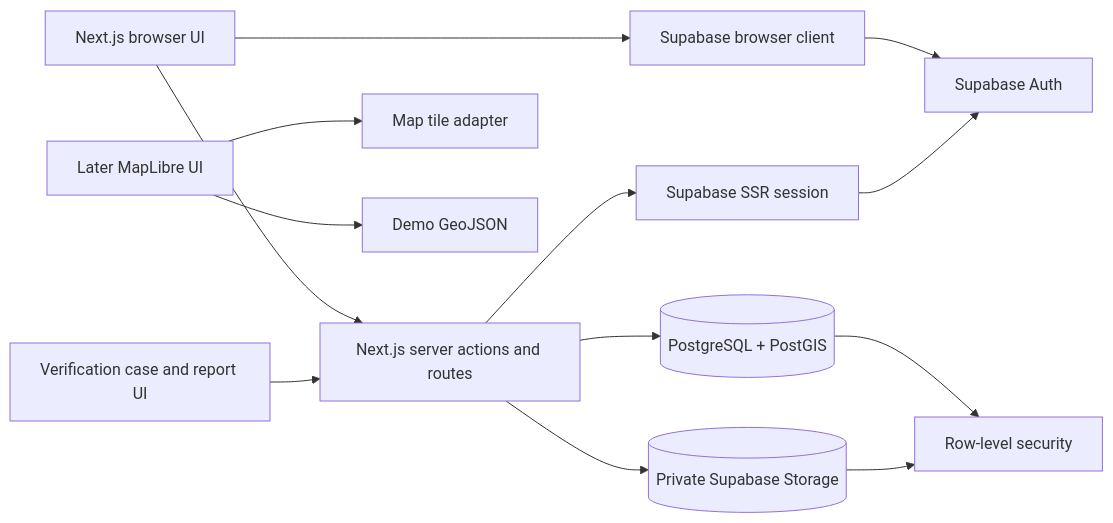
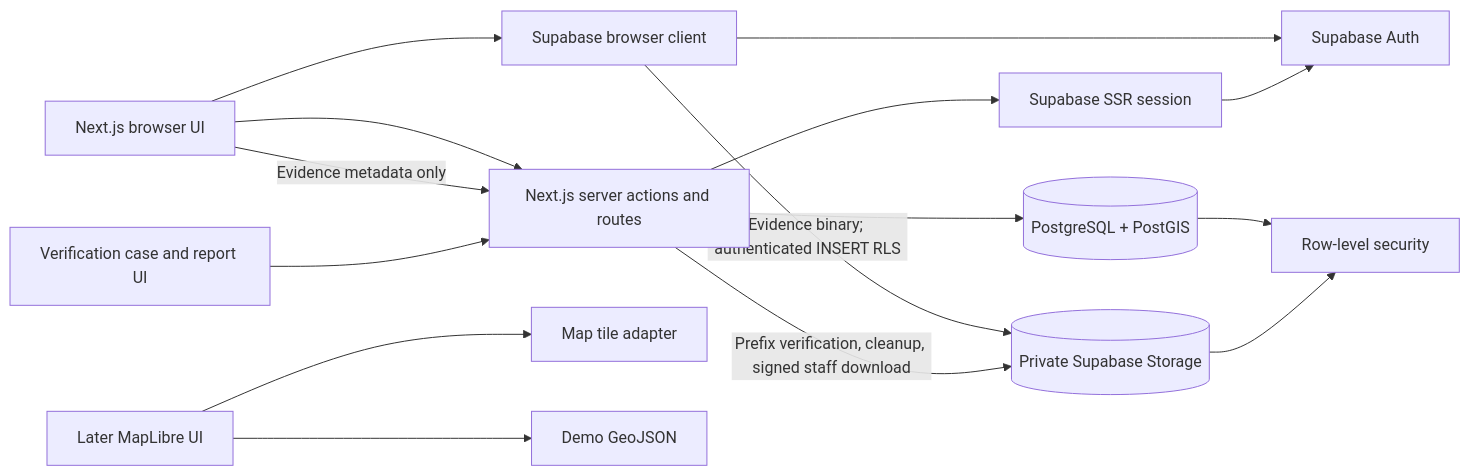
Before and after one commit to bakareolamilekan365-tech/ATEXGROVE: the second of 2 diagrams in docs/18-PROTOTYPE-FLOW-AND-DELIVERY-MAP.md, drawn with Mermaid. The commit also changed 26 other files, not shown here.

Commit message:
fix: upload evidence directly to Supabase

````diff
--- a/docs/18-PROTOTYPE-FLOW-AND-DELIVERY-MAP.md
+++ b/docs/18-PROTOTYPE-FLOW-AND-DELIVERY-MAP.md
@@ -45,15 +45,17 @@
 ```mermaid
 flowchart LR
     Browser[Next.js browser UI] --> Client[Supabase browser client]
     Browser --> Server[Next.js server actions and routes]
     Server --> Session[Supabase SSR session]
     Client --> Auth[Supabase Auth]
+    Client -->|Evidence binary; authenticated INSERT RLS| Storage[(Private Supabase Storage)]
     Session --> Auth
     Server --> Database[(PostgreSQL + PostGIS)]
-    Server --> Storage[(Private Supabase Storage)]
+    Browser -->|Evidence metadata only| Server
+    Server -->|Prefix verification, cleanup, signed staff download| Storage
     Case[Verification case and report UI] --> Server
     Map[Later MapLibre UI] --> Tiles[Map tile adapter]
     Map --> GeoJSON[Demo GeoJSON]
     Database --> RLS[Row-level security]
     Storage --> RLS
 ```
````
